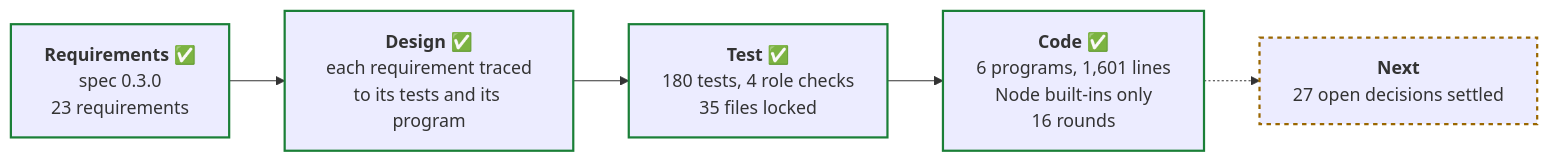
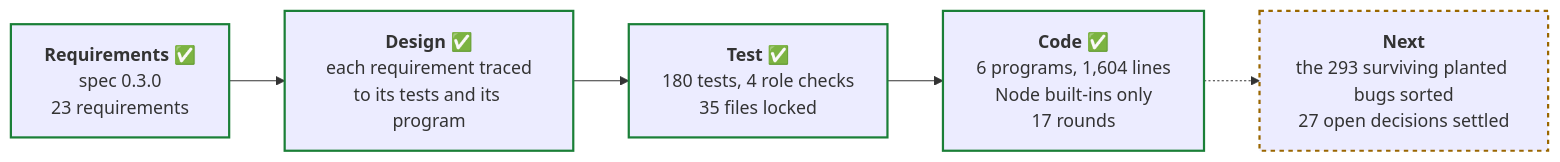
One commit to PaulDuvall/adlc-security-reviewer changed the third of 4 diagrams in README.md. Above: the diagram before and after it, drawn with Mermaid. The commit also changed other lines of this file and 2 other files, not shown here.

First line of the commit message:
Code stage round 17: fix 3 defects the planted-bug sort found in rules.mjs

````diff
--- a/README.md
+++ b/README.md
@@ -271,13 +273,13 @@
 ```mermaid
 flowchart LR
   req["<b>Requirements</b> ✅<br/>spec 0.3.0<br/>23 requirements"]
   des["<b>Design</b> ✅<br/>each requirement traced<br/>to its tests and its program"]
   tst["<b>Test</b> ✅<br/>180 tests, 4 role checks<br/>35 files locked"]
-  cod["<b>Code</b> ✅<br/>6 programs, 1,601 lines<br/>Node built-ins only<br/>16 rounds"]
-  nxt["<b>Next</b><br/>27 open decisions settled"]
+  cod["<b>Code</b> ✅<br/>6 programs, 1,604 lines<br/>Node built-ins only<br/>17 rounds"]
+  nxt["<b>Next</b><br/>the 293 surviving planted bugs sorted<br/>27 open decisions settled"]
   req --> des --> tst --> cod -.-> nxt
   classDef done stroke:#1a7f37,stroke-width:2px
   classDef next stroke:#9a6700,stroke-width:2px,stroke-dasharray:4
   class req,des,tst,cod done
   class nxt next
 ```
````
